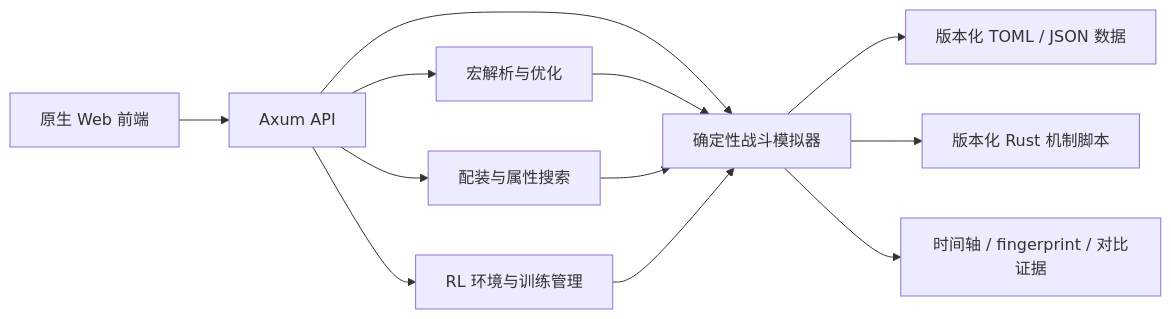
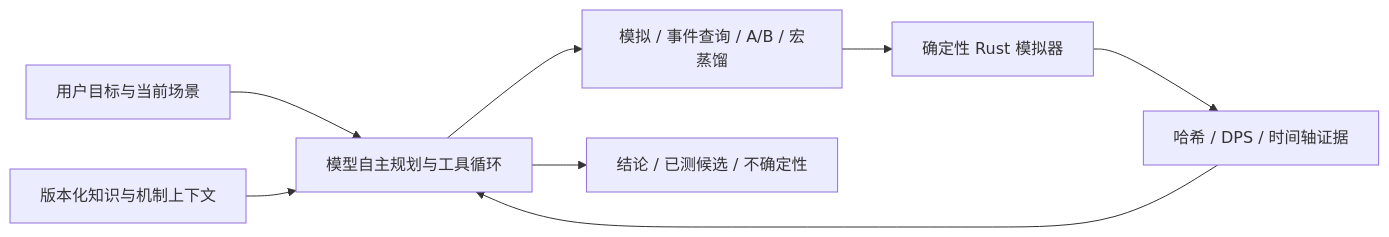
The diagram in README.md (LinXin-CMU/jx3-combat-sim), drawn with Mermaid before and after one commit. The commit also changed other lines of this file and 177 other files, not shown here.

````diff
--- a/README.md
+++ b/README.md
@@ -64,14 +38,10 @@
 ```mermaid
 flowchart LR
-    UI[原生 Web 前端] --> API[Axum API]
-    API --> SIM[确定性战斗模拟器]
-    API --> MACRO[宏解析与优化]
-    API --> EQUIP[配装与属性搜索]
-    API --> RL[RL 环境与训练管理]
-    SIM --> DATA[版本化 TOML / JSON 数据]
-    SIM --> SCRIPT[版本化 Rust 机制脚本]
-    MACRO --> SIM
-    EQUIP --> SIM
-    RL --> SIM
-    SIM --> EVIDENCE[时间轴 / fingerprint / 对比证据]
+    USER[用户目标与当前场景] --> AGENT[模型自主规划与工具循环]
+    CONTEXT[版本化知识与机制上下文] --> AGENT
+    AGENT --> TOOLS[模拟 / 事件查询 / A/B / 宏蒸馏]
+    TOOLS --> SIM[确定性 Rust 模拟器]
+    SIM --> EVIDENCE[哈希 / DPS / 时间轴证据]
+    EVIDENCE --> AGENT
+    AGENT --> REPORT[结论 / 已测候选 / 不确定性]
 ```
````
